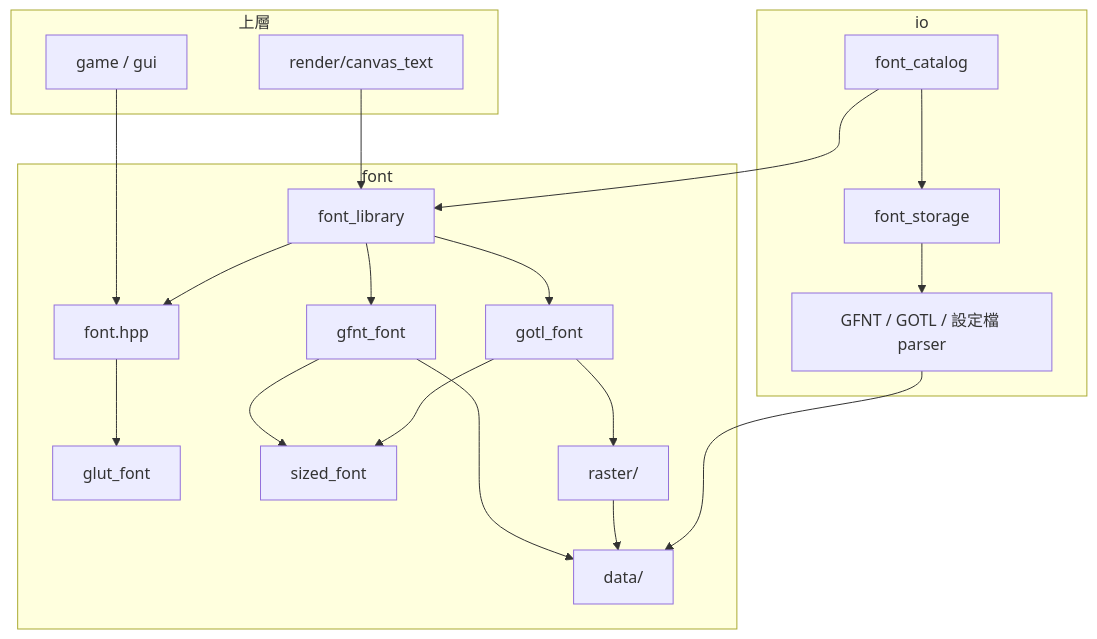
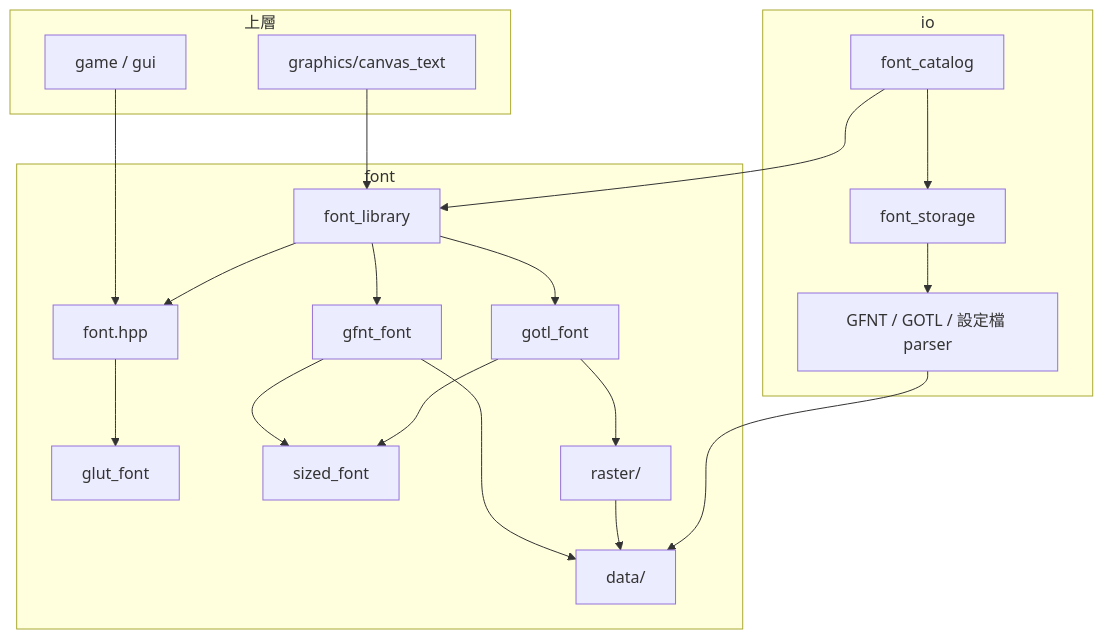
The diagram in src/font/ARCHITECTURE.md (YuanOwO/CG-hw2-robot), drawn with Mermaid before and after one commit. The commit also changed other lines of this file and 25 other files, not shown here.

Commit message:
refactor: 將 render/ 改名為 graphics/，與 view/ 的繪製器區分

````diff
--- a/src/font/ARCHITECTURE.md
+++ b/src/font/ARCHITECTURE.md
@@ -42,41 +42,41 @@
 ```mermaid
 graph TD
     subgraph 上層
         game[game / gui]
-        canvas[render/canvas_text]
+        canvas[graphics/canvas_text]
     end
 
     subgraph io
         catalog[font_catalog]
         storage[font_storage]
         parsers[GFNT / GOTL / 設定檔 parser]
     end
 
     subgraph font
         entry[font.hpp]
         glut[glut_font]
         library[font_library]
         sized[sized_font]
         gfnt[gfnt_font]
         gotl[gotl_font]
         raster[raster/]
         data[data/]
     end
 
     game --> entry
     canvas --> library
     entry --> glut
     library --> entry
     library --> gfnt
     library --> gotl
     gfnt --> sized
     gotl --> sized
     gotl --> raster
     gfnt --> data
     raster --> data
 
     catalog --> library
     catalog --> storage
     storage --> parsers
     parsers --> data
 ```
````
